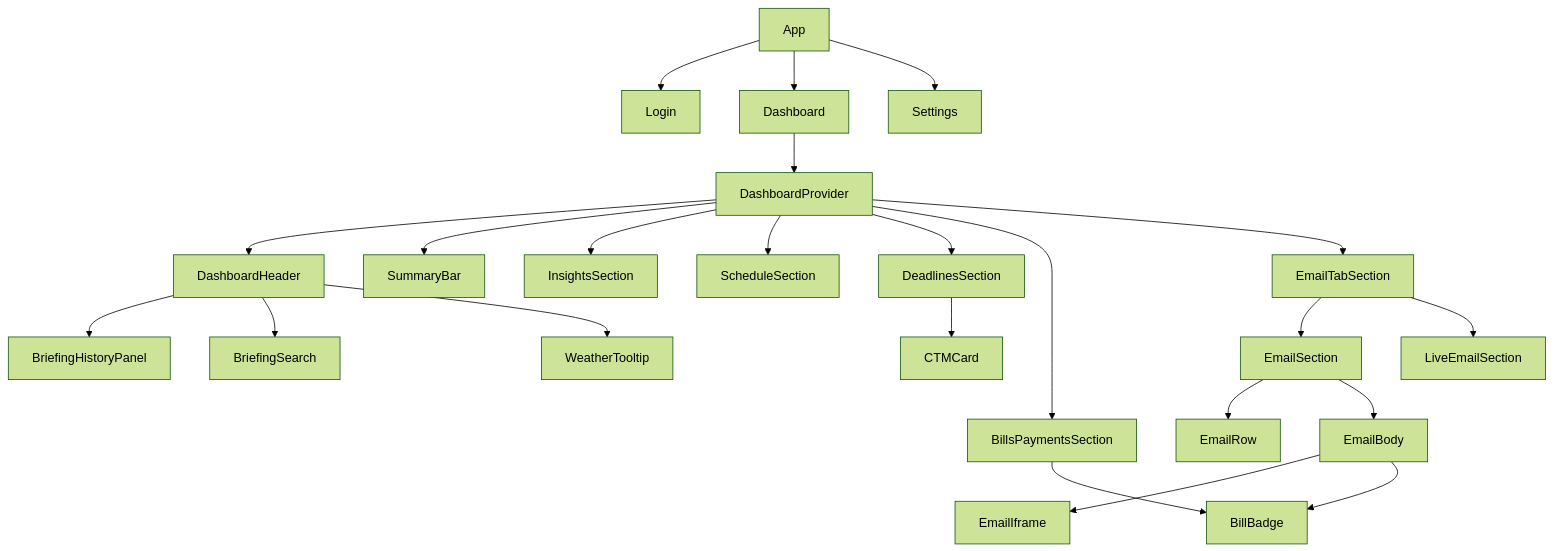
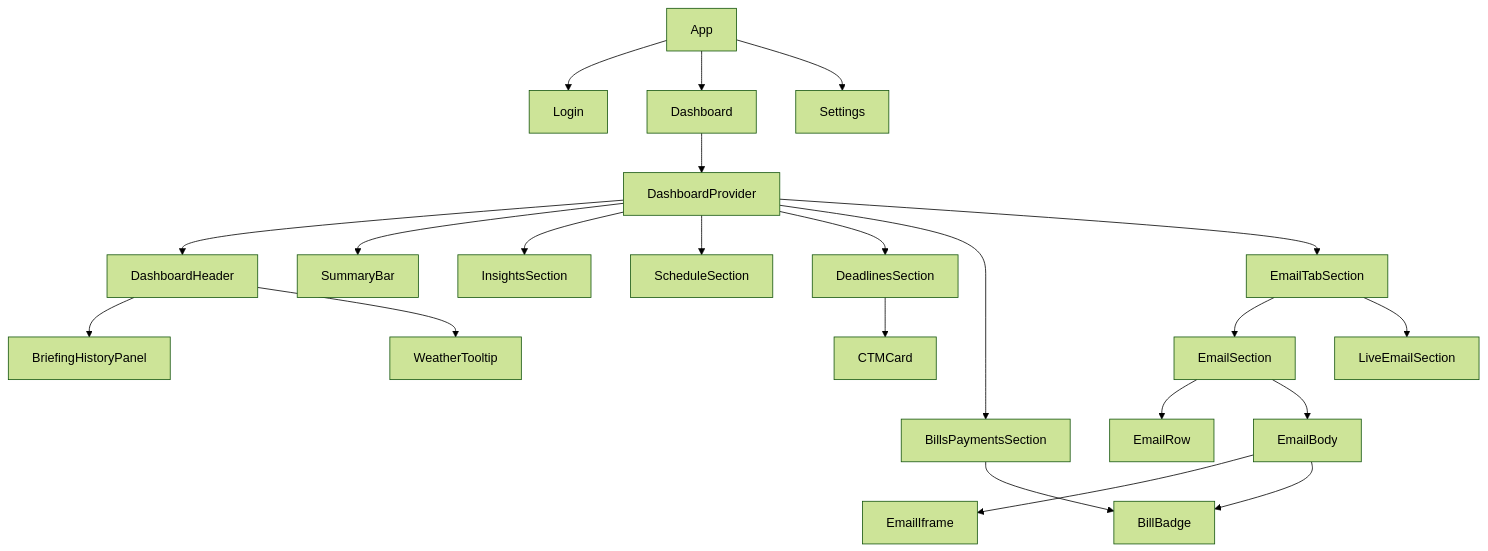
One commit to ansidian/Setpoint changed the second of 7 diagrams in ARCHITECTURE.md. Above: the diagram before and after it, drawn with Mermaid (forest theme). The commit also changed other lines of this file and 1 other file, not shown here.

Commit message:
chore: document email index search flow

````diff
--- a/ARCHITECTURE.md
+++ b/ARCHITECTURE.md
@@ -184,30 +184,29 @@
 ```mermaid
 graph TD
     App --> Login
     App --> Dashboard
     App --> Settings
 
     Dashboard --> DashboardProvider
     DashboardProvider --> DashboardHeader
     DashboardProvider --> SummaryBar
     DashboardProvider --> InsightsSection
     DashboardProvider --> ScheduleSection
     DashboardProvider --> DeadlinesSection
     DashboardProvider --> BillsPaymentsSection
     DashboardProvider --> EmailTabSection
 
     DashboardHeader --> BriefingHistoryPanel
-    DashboardHeader --> BriefingSearch
     DashboardHeader --> WeatherTooltip
 
     EmailTabSection --> EmailSection
     EmailTabSection --> LiveEmailSection
     EmailSection --> EmailRow
     EmailSection --> EmailBody
     EmailBody --> EmailIframe
     EmailBody --> BillBadge
 
     DeadlinesSection --> CTMCard
 
     BillsPaymentsSection --> BillBadge
 ```
````
